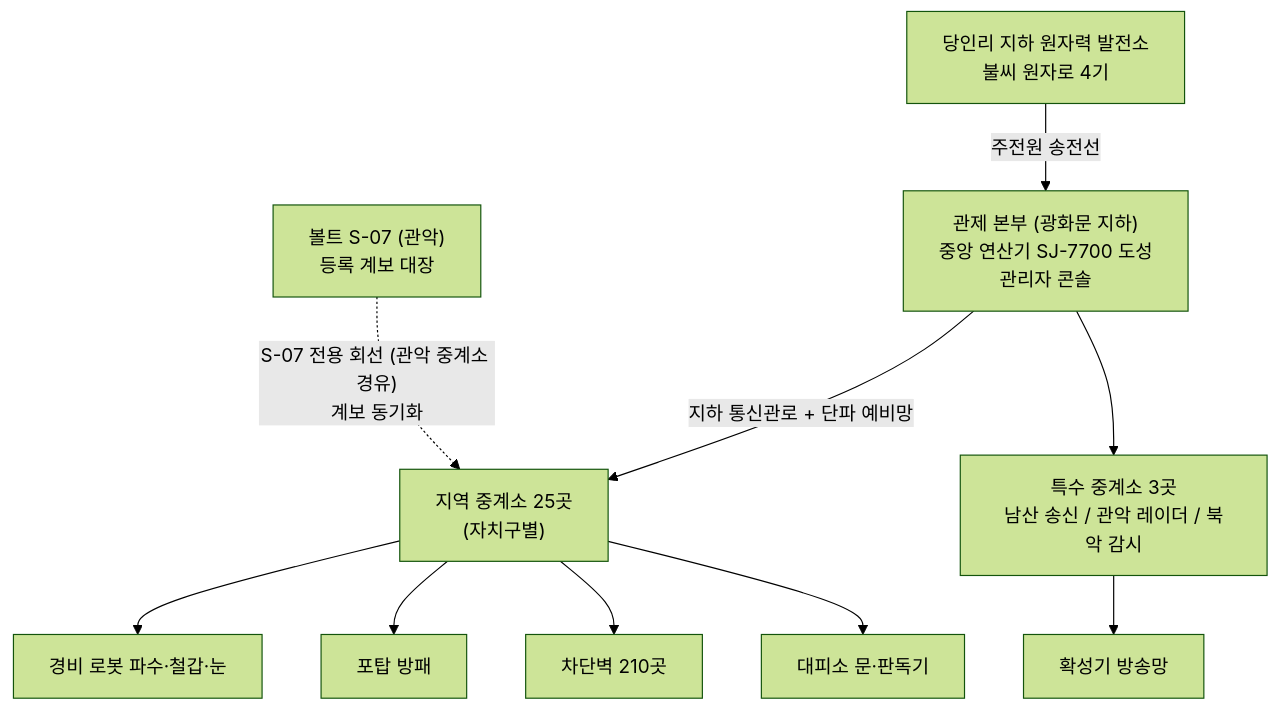
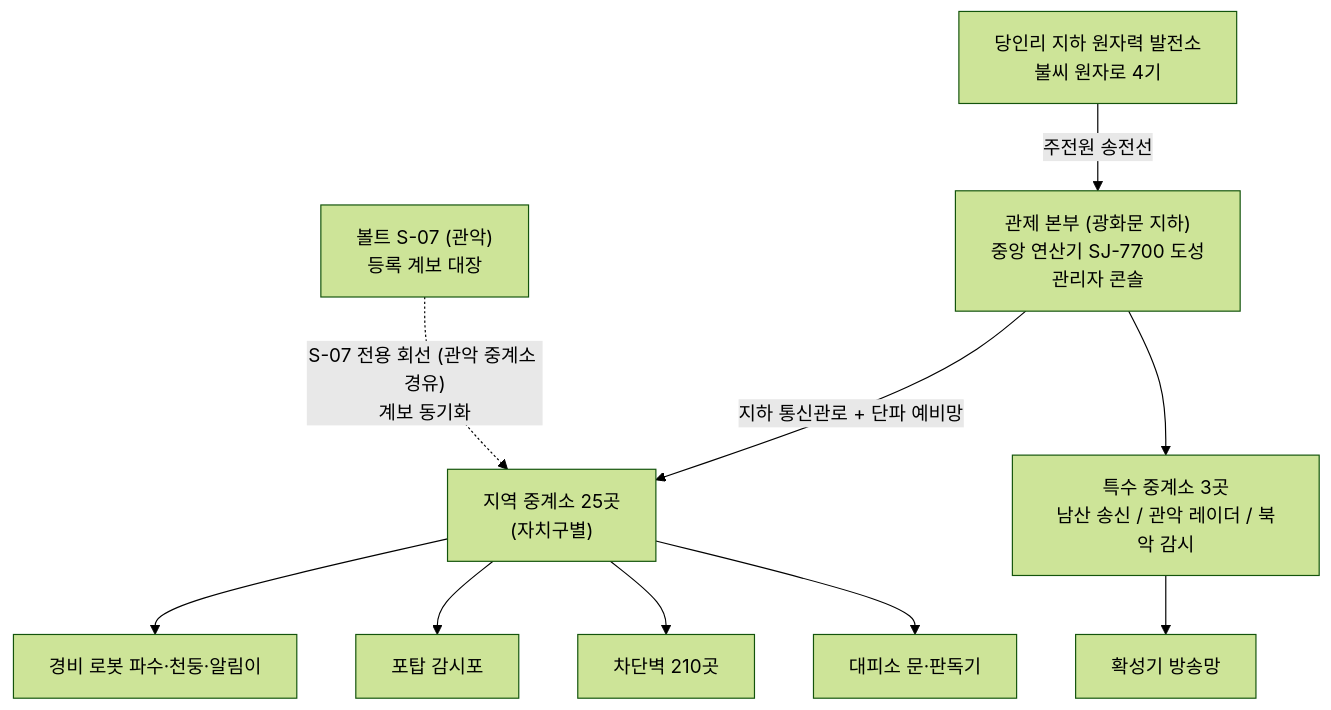
The first of 3 diagrams in docs/seoul-fallout/02_world-and-lore.md (forsurvive/003), drawn with Mermaid (forest theme) before and after one commit. The commit also changed other lines of this file and 10 other files, not shown here.

````diff
--- a/docs/seoul-fallout/02_world-and-lore.md
+++ b/docs/seoul-fallout/02_world-and-lore.md
@@ -552,22 +563,22 @@
 ```mermaid
 flowchart TD
   HQ["관제 본부 (광화문 지하)<br/>중앙 연산기 SJ-7700 도성<br/>관리자 콘솔"]
   PWR["당인리 지하 원자력 발전소<br/>불씨 원자로 4기"]
   S07["볼트 S-07 (관악)<br/>등록 계보 대장"]
   R1["지역 중계소 25곳<br/>(자치구별)"]
   R2["특수 중계소 3곳<br/>남산 송신 / 관악 레이더 / 북악 감시"]
-  E1["경비 로봇 파수·철갑·눈"]
-  E2["포탑 방패"]
+  E1["경비 로봇 파수·천둥·알림이"]
+  E2["포탑 감시포"]
   E3["차단벽 210곳"]
   E4["대피소 문·판독기"]
   E5["확성기 방송망"]
   PWR -->|"주전원 송전선"| HQ
   HQ -->|"지하 통신관로 + 단파 예비망"| R1
   HQ --> R2
   R1 --> E1
   R1 --> E2
   R1 --> E3
   R1 --> E4
   R2 --> E5
   S07 -.->|"S-07 전용 회선 (관악 중계소 경유)<br/>계보 동기화"| R1
 ```
````
